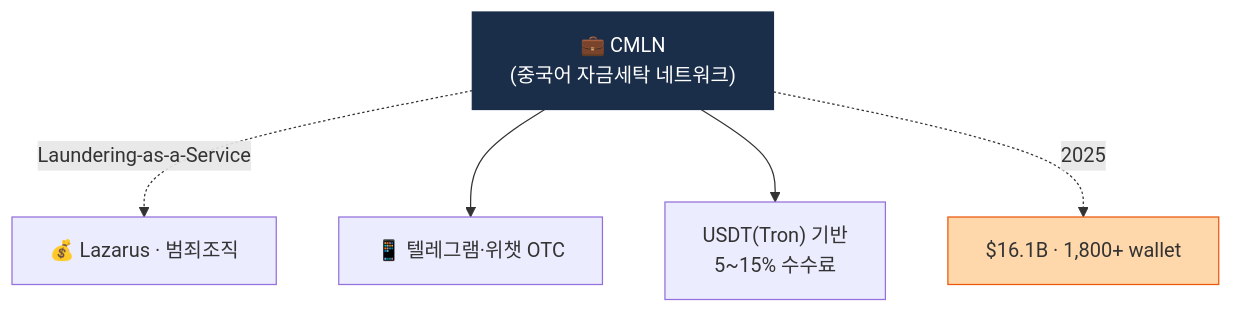
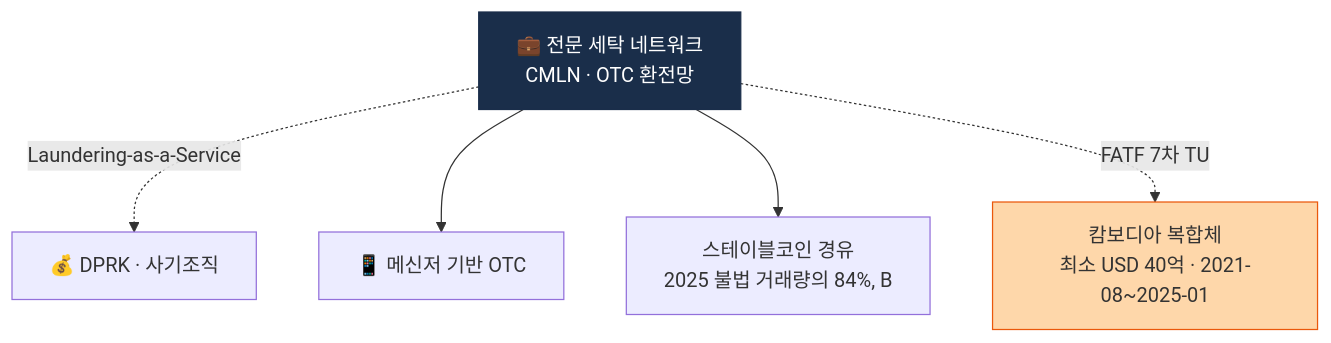
One commit to lala-david/aml-notes changed the first of 2 diagrams in curriculum/day_41.md. Above: the diagram before and after it, drawn with Mermaid. The commit also changed other lines of this file and 233 other files, not shown here.

````diff
--- a/curriculum/day_41.md
+++ b/curriculum/day_41.md
@@ -13,9 +13,9 @@
 ```mermaid
 flowchart TB
-    C["💼 CMLN<br/>(중국어 자금세탁 네트워크)"] -.Laundering-as-a-Service.-> F["💰 Lazarus · 범죄조직"]
-    C --> T["📱 텔레그램·위챗 OTC"]
-    C --> U["USDT(Tron) 기반<br/>5~15% 수수료"]
-    C -.2025.-> N["$16.1B · 1,800+ wallet"]
+    C["💼 전문 세탁 네트워크<br/>CMLN · OTC 환전망"] -.Laundering-as-a-Service.-> F["💰 DPRK · 사기조직"]
+    C --> T["📱 메신저 기반 OTC"]
+    C --> U["스테이블코인 경유<br/>2025 불법 거래량의 84%, B"]
+    C -.FATF 7차 TU.-> N["캄보디아 복합체<br/>최소 USD 40억 · 2021-08~2025-01"]
     style C fill:#1a2e4a,color:#fff,stroke:#1a2e4a
     style N fill:#fed7aa,stroke:#ea580c
 ```
````
